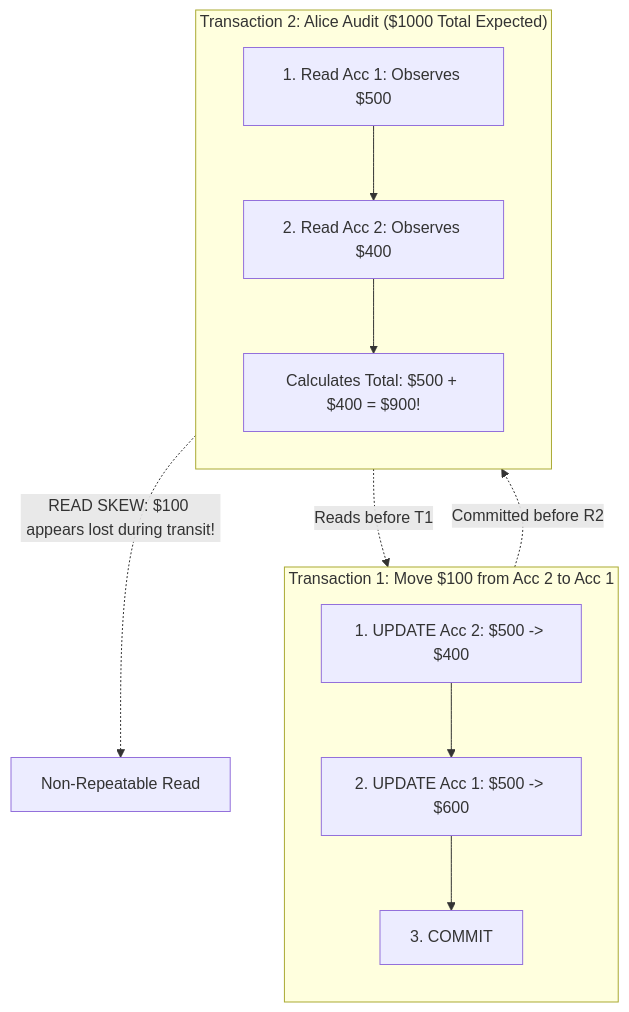
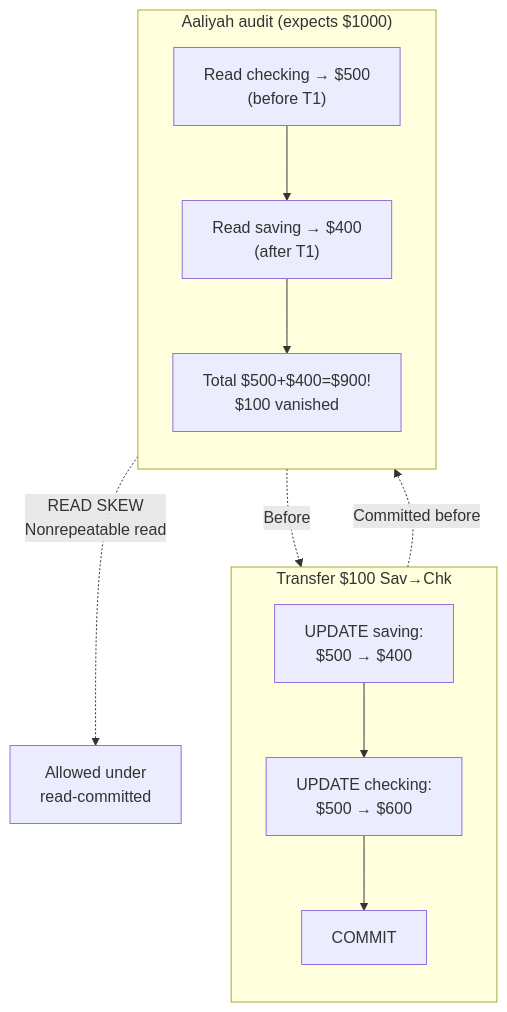
The sixth of 14 diagrams in 01 Designing Data-Intensive Applications/chapter-08-transactions.md (1mimhe/books-summery), drawn with Mermaid before and after one commit. The commit also changed other lines of this file and 2 other files, not shown here.

Commit message:
docs(book01): forensic rewrite ch08-10 (14 txn figs+XSSI, fig 9-5/Byzantine, IDs/UUID consensus)

````diff
--- a/01 Designing Data-Intensive Applications/chapter-08-transactions.md
+++ b/01 Designing Data-Intensive Applications/chapter-08-transactions.md
@@ -310,23 +451,20 @@
 ```mermaid
 flowchart TD
-  subgraph T1["Transaction 1: Move $100 from Acc 2 to Acc 1"]
+  subgraph T1["Transfer $100 Sav→Chk"]
     direction TB
-    W1["1. UPDATE Acc 2: $500 -> $400"]
-    W2["2. UPDATE Acc 1: $500 -> $600"]
-    C1["3. COMMIT"]
+    W1["UPDATE saving:<br/>$500 → $400"]
+    W2["UPDATE checking:<br/>$500 → $600"]
+    C1["COMMIT"]
     W1 --> W2 --> C1
   end
-
-  subgraph T2["Transaction 2: Alice Audit ($1000 Total Expected)"]
+  subgraph T2["Aaliyah audit (expects $1000)"]
     direction TB
-    R1["1. Read Acc 1: Observes $500"]
-    R2["2. Read Acc 2: Observes $400"]
-    CALC["Calculates Total: $500 + $400 = $900!"]
+    R1["Read checking → $500<br/>(before T1)"]
+    R2["Read saving → $400<br/>(after T1)"]
+    CALC["Total $500+$400=$900!<br/>$100 vanished"]
     R1 --> R2 --> CALC
   end
-
-  R1 -.->|"Reads before T1"| W1
-  W2 -.->|"Committed before R2"| R2
-
-  CALC -.->|"READ SKEW: $100 appears lost during transit!"| ANOMALY["Non-Repeatable Read"]
+  R1 -.->|"Before"| W1
+  W2 -.->|"Committed before"| R2
+  CALC -.->|"READ SKEW<br/>Nonrepeatable read"| ANOM["Allowed under<br/>read-committed"]
 ```
````
